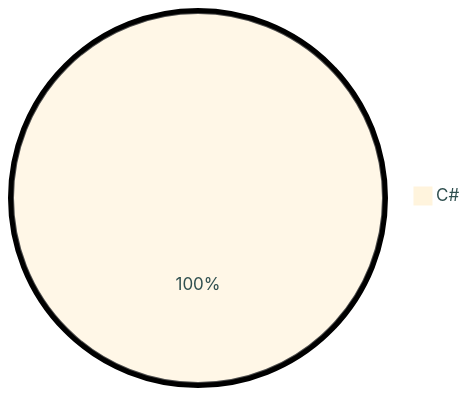
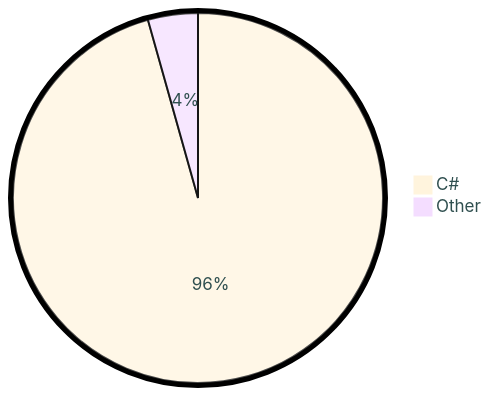
The diagram in README.md (tot0p/tot0p), drawn with Mermaid before and after one commit. The commit also changed other lines of this file, not shown here.

````diff
--- a/README.md
+++ b/README.md
@@ -66,5 +69,6 @@
 ```mermaid
 %%{init: {"pie": {"textPosition": 0.5}, "themeVariables": {"pieOuterStrokeWidth": "5px","primaryTextColor" : "#2F4F4F"},"theme":"base"} }%%
 pie
-	"C#": 100.0
+	"C#": 95.64
+	"Other": 4.36
 ```
````
